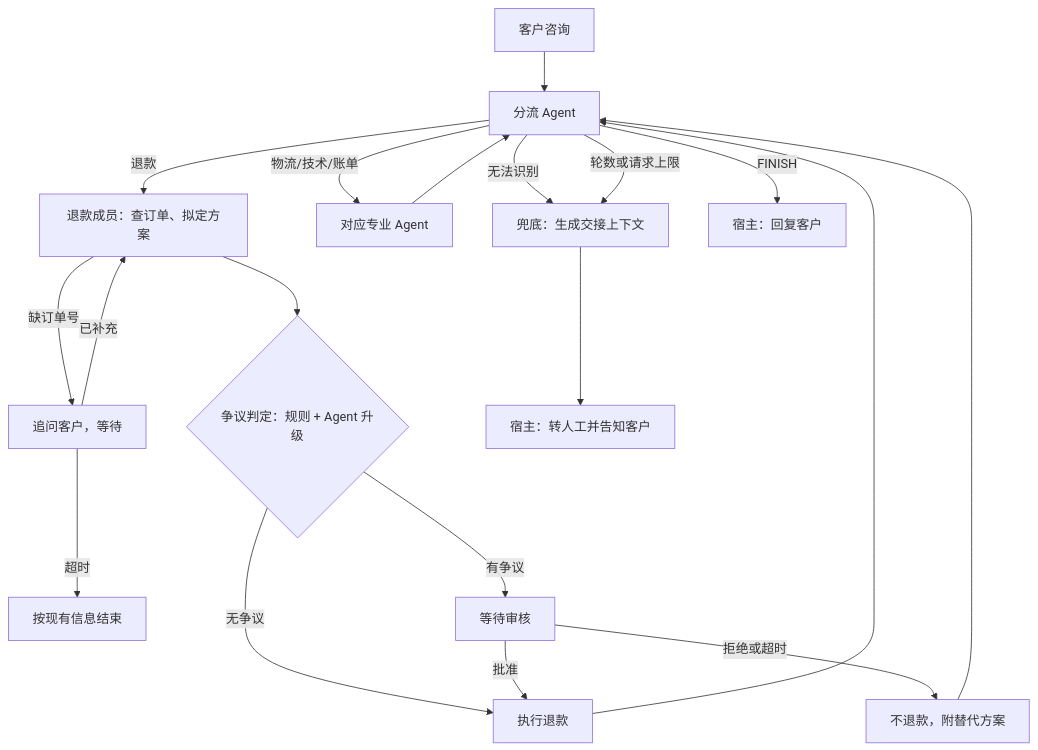
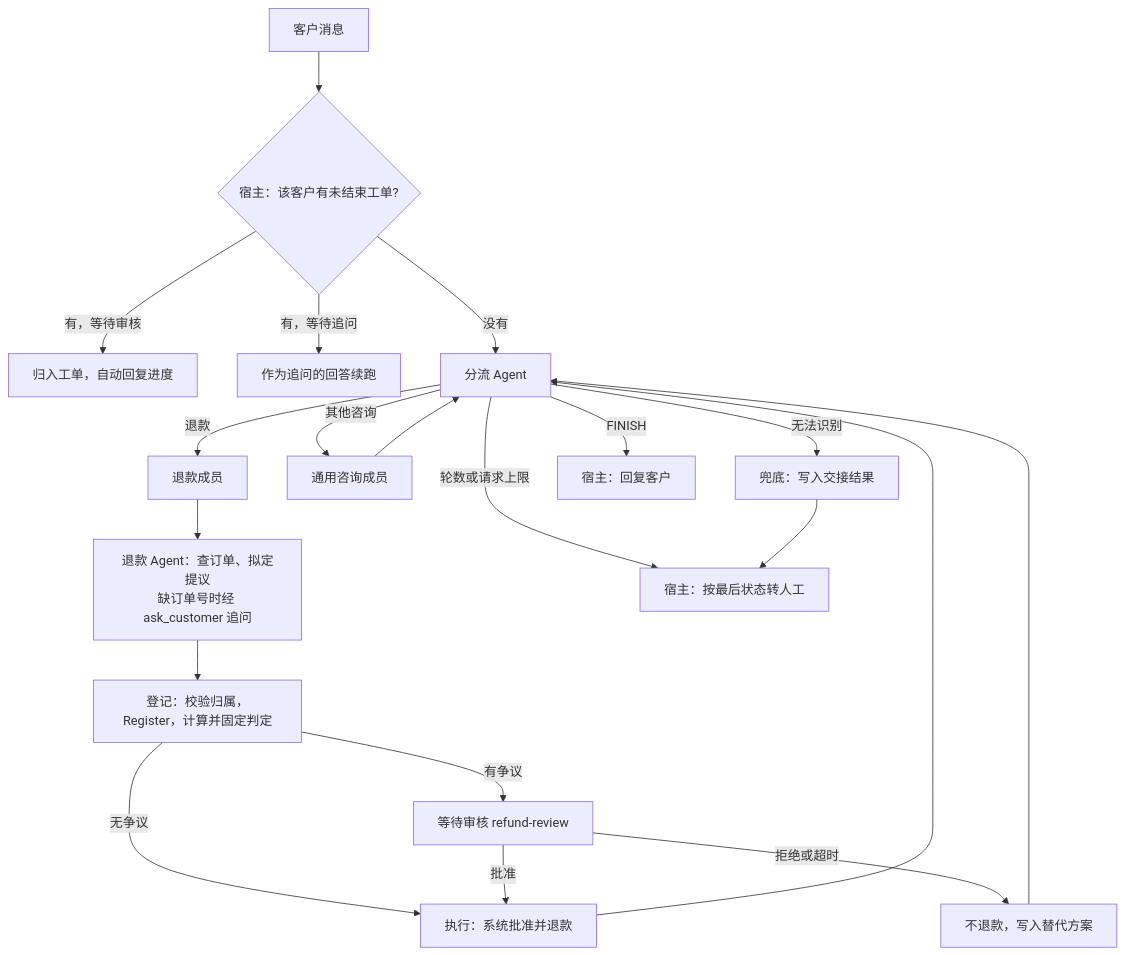
Before and after one commit to kart-io/goagent-examples: the diagram in docs/superpowers/specs/2026-11-05-customer-service-design.md, drawn with Mermaid. The commit also changed other lines of this file, not shown here.

````diff
--- a/docs/superpowers/specs/2026-11-05-customer-service-design.md
+++ b/docs/superpowers/specs/2026-11-05-customer-service-design.md
@@ -28,21 +36,22 @@
 ```mermaid
 flowchart TD
-    A[客户咨询] --> B[分流 Agent]
-    B -->|退款| C[退款成员：查订单、拟定方案]
-    B -->|物流/技术/账单| D[对应专业 Agent]
-    B -->|无法识别| H[兜底：生成交接上下文]
-    C -->|缺订单号| L[追问客户，等待]
-    L -->|已补充| C
-    L -->|超时| X[按现有信息结束]
-    C --> E{争议判定：规则 + Agent 升级}
-    E -->|无争议| F[执行退款]
-    E -->|有争议| I[等待审核]
-    I -->|批准| F
-    I -->|拒绝或超时| J[不退款，附替代方案]
-    F --> B
+    A[客户消息] --> R{宿主：该客户有未结束工单?}
+    R -->|有，等待审核| P[归入工单，自动回复进度]
+    R -->|有，等待追问| Q[作为追问的回答续跑]
+    R -->|没有| B[分流 Agent]
+    B -->|退款| C[退款成员]
+    B -->|其他咨询| D[通用咨询成员]
+    B -->|无法识别| H[兜底：写入交接结果]
+    C --> M1[退款 Agent：查订单、拟定提议<br/>缺订单号时经 ask_customer 追问]
+    M1 --> G[登记：校验归属，Register，计算并固定判定]
+    G -->|无争议| X[执行：系统批准并退款]
+    G -->|有争议| W[等待审核 refund-review]
+    W -->|批准| X
+    W -->|拒绝或超时| J[不退款，写入替代方案]
+    X --> B
     J --> B
     D --> B
-    B -->|FINISH| M[宿主：回复客户]
-    B -->|轮数或请求上限| H
-    H --> N[宿主：转人工并告知客户]
+    B -->|FINISH| Z[宿主：回复客户]
+    B -->|轮数或请求上限| Y[宿主：按最后状态转人工]
+    H --> Y
 ```
````
